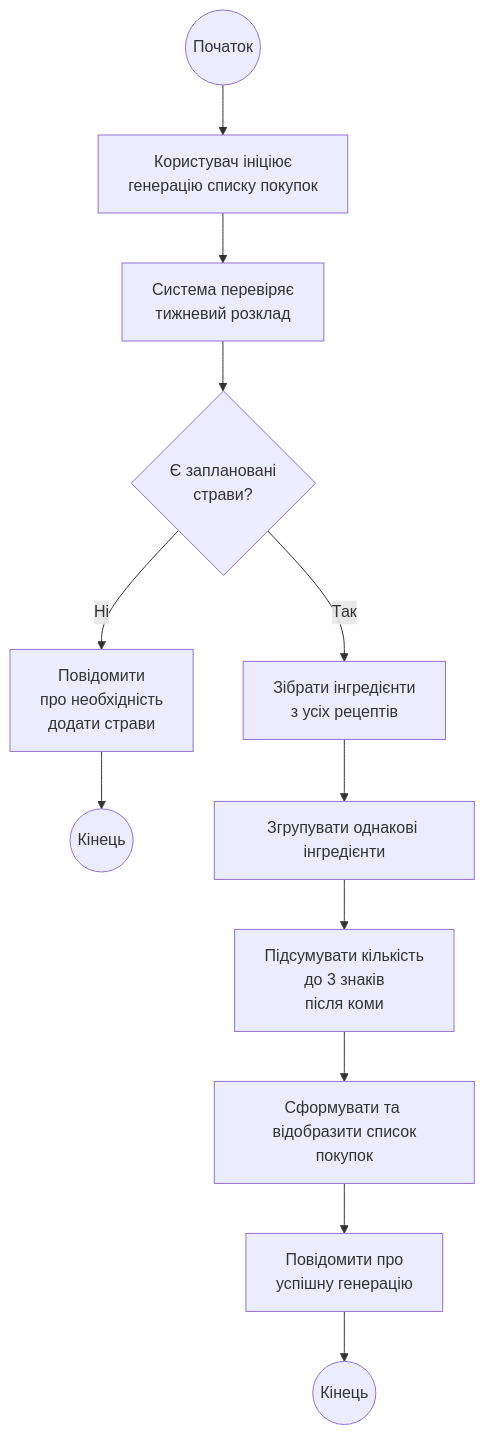
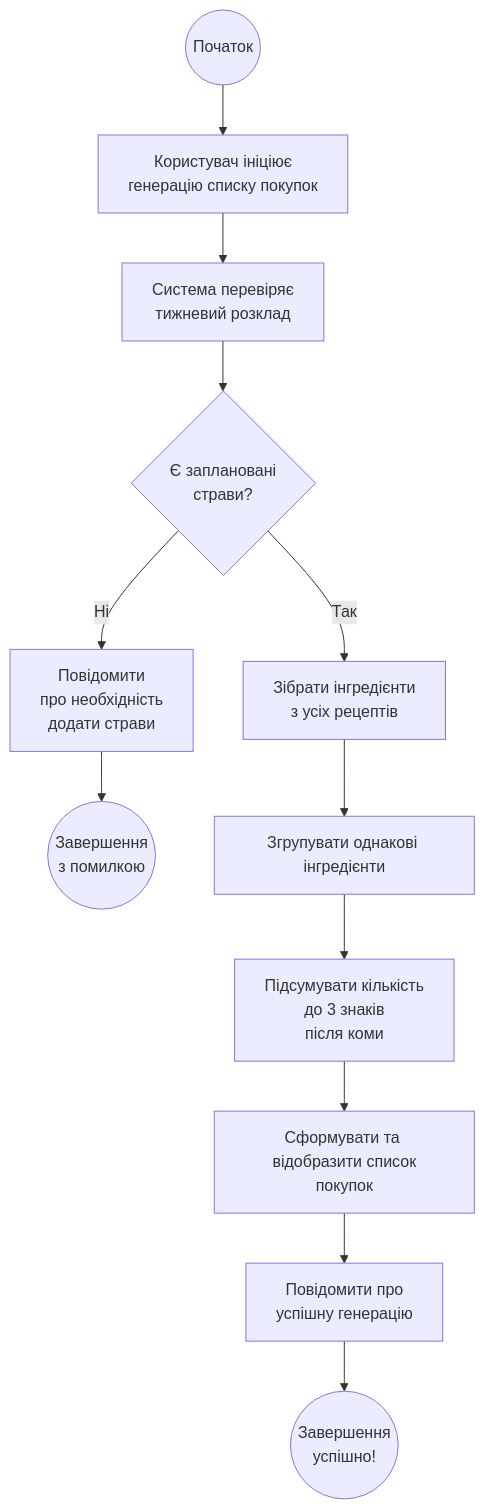
Before and after one commit to lvovasofia/TRPZ_LAB_TR-42: the diagram in model/activity-uc-07.md, drawn with Mermaid.

Commit message:
Додано нові  зміни в діаграми

````diff
--- a/model/activity-uc-07.md
+++ b/model/activity-uc-07.md
@@ -5,16 +5,16 @@
 ```mermaid
 flowchart TD
     A((Початок)) --> B[Користувач ініціює<br/>генерацію списку покупок]
     B --> C[Система перевіряє <br/> тижневий розклад]
     C --> D{Є заплановані <br/> страви?}
 
     D -- Ні --> E[Повідомити <br/> про необхідність <br/> додати страви]
-    E --> F((Кінець))
+    E --> F((Завершення <br/> з помилкою))
 
     D -- Так --> G[Зібрати інгредієнти <br/> з усіх рецептів]
     G --> H[Згрупувати однакові інгредієнти]
     H --> I[Підсумувати кількість <br/> до 3 знаків <br/> після коми]
     I --> J[Сформувати та <br/> відобразити список покупок]
     J --> K[Повідомити про <br/> успішну генерацію]
-    K --> L((Кінець))
+    K --> L((Завершення <br/> успішно! ))
 ```
````
